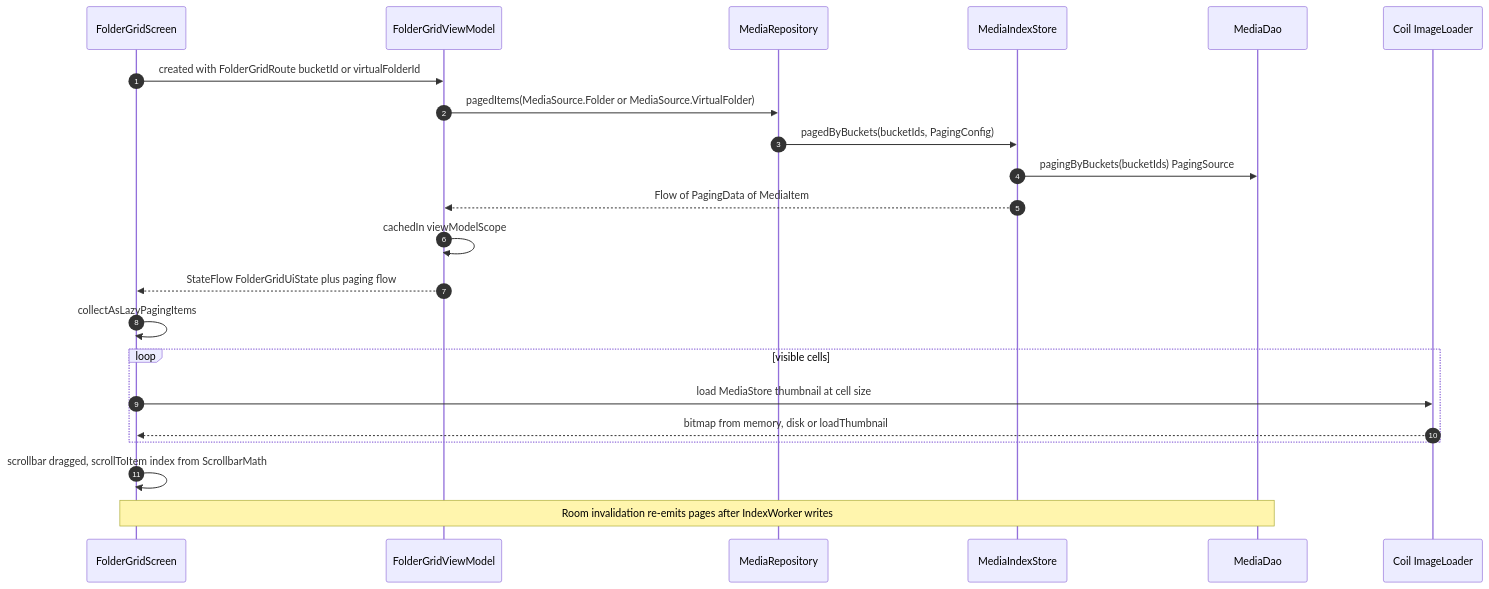
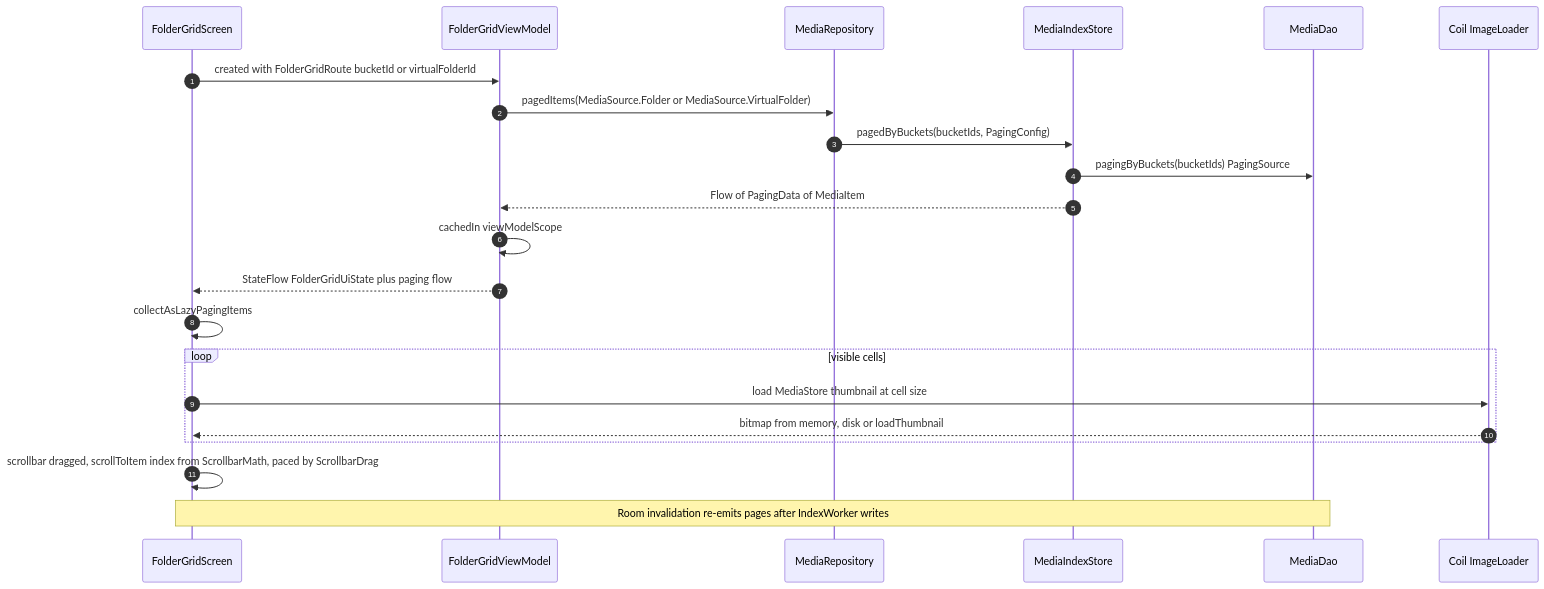
One commit to drehtuer/NextGalleryApp changed the fifth of 14 diagrams in docs/ARCHITECTURE.md. Above: the diagram before and after it, drawn with Mermaid. The commit also changed other lines of this file and 10 other files, not shown here.

First line of the commit message:
Timeline fast scroll: grid waits while the thumb moves fast (D63)

````diff
--- a/docs/ARCHITECTURE.md
+++ b/docs/ARCHITECTURE.md
@@ -590,25 +590,25 @@
 ```mermaid
 sequenceDiagram
     autonumber
     participant UI as FolderGridScreen
     participant VM as FolderGridViewModel
     participant Repo as MediaRepository
     participant Store as MediaIndexStore
     participant DAO as MediaDao
     participant Coil as Coil ImageLoader
 
     UI->>VM: created with FolderGridRoute bucketId or virtualFolderId
     VM->>Repo: pagedItems(MediaSource.Folder or MediaSource.VirtualFolder)
     Repo->>Store: pagedByBuckets(bucketIds, PagingConfig)
     Store->>DAO: pagingByBuckets(bucketIds) PagingSource
     Store-->>VM: Flow of PagingData of MediaItem
     VM->>VM: cachedIn viewModelScope
     VM-->>UI: StateFlow FolderGridUiState plus paging flow
     UI->>UI: collectAsLazyPagingItems
     loop visible cells
         UI->>Coil: load MediaStore thumbnail at cell size
         Coil-->>UI: bitmap from memory, disk or loadThumbnail
     end
-    UI->>UI: scrollbar dragged, scrollToItem index from ScrollbarMath
+    UI->>UI: scrollbar dragged, scrollToItem index from ScrollbarMath, paced by ScrollbarDrag
     Note over DAO,UI: Room invalidation re-emits pages after IndexWorker writes
 ```
````
